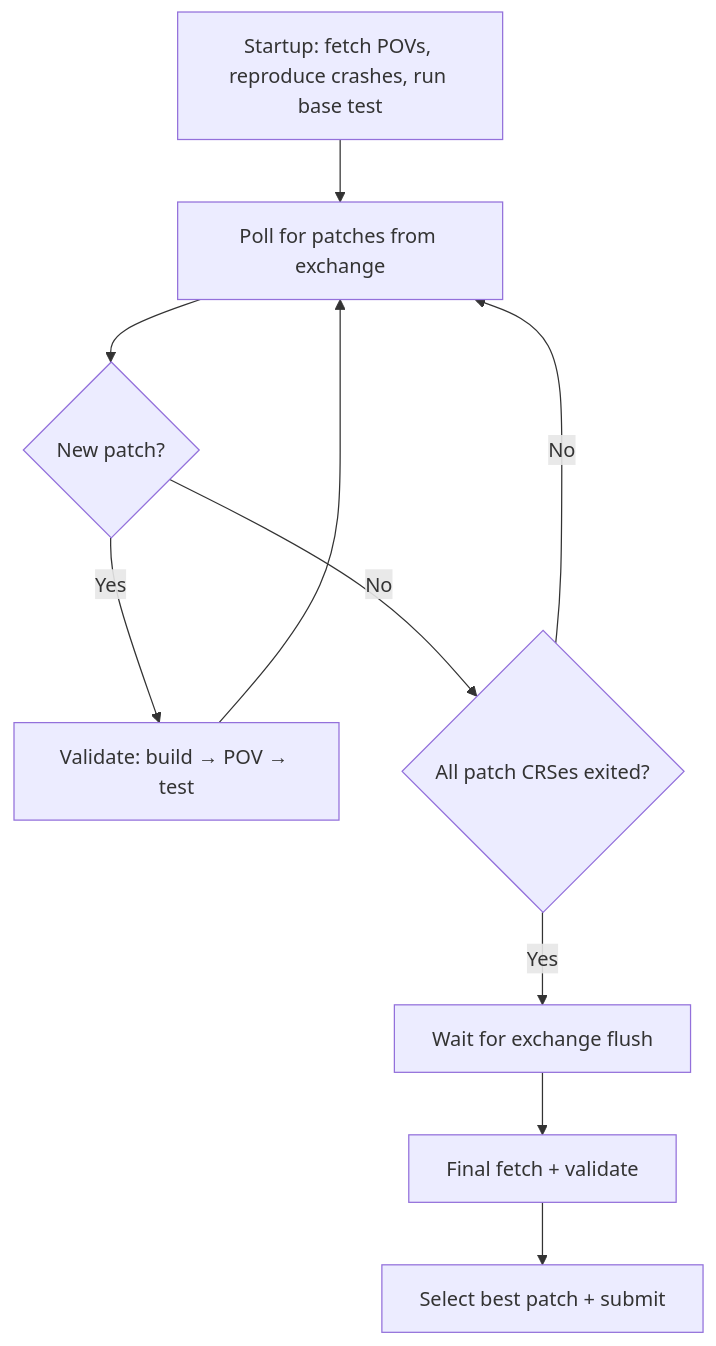
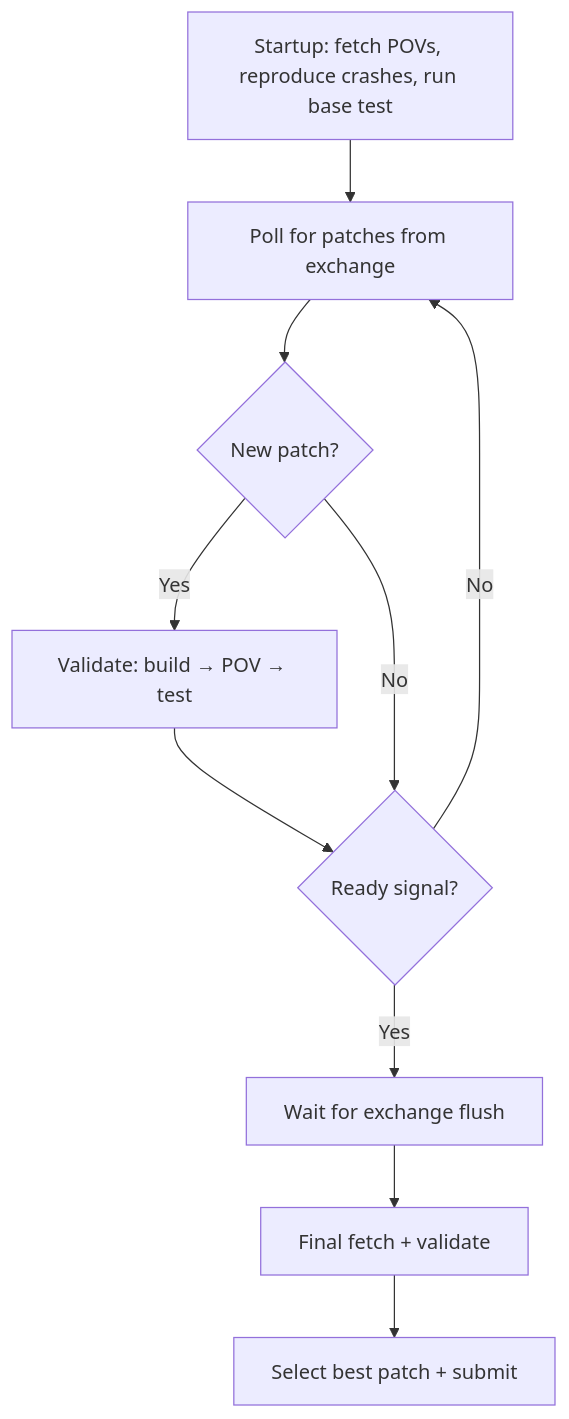
Before and after one commit to Team-Atlanta/crs-patch-ensemble: the diagram in README.md, drawn with Mermaid. The commit also changed other lines of this file, not shown here.

````diff
--- a/README.md
+++ b/README.md
@@ -7,12 +14,12 @@
 ```mermaid
 graph TD
     A[Startup: fetch POVs, reproduce crashes, run base test] --> B[Poll for patches from exchange]
     B --> C{New patch?}
     C -->|Yes| D[Validate: build → POV → test]
-    D --> B
-    C -->|No| E{All patch CRSes exited?}
+    D --> E{Ready signal?}
+    C -->|No| E
     E -->|No| B
     E -->|Yes| F[Wait for exchange flush]
     F --> G[Final fetch + validate]
     G --> H[Select best patch + submit]
 ```
````
